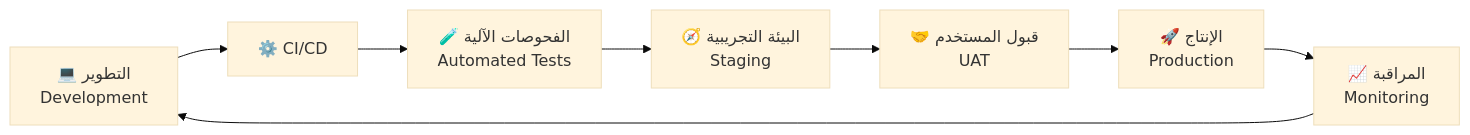
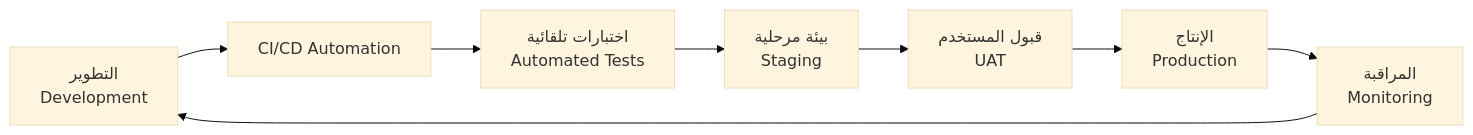
The first of 3 diagrams in docs/12-release-and-devops/12-release-and-devops.md (Ash69g/Documentation-Study), drawn with Mermaid (base theme) before and after one commit. The commit also changed other lines of this file and 15 other files, not shown here.

````diff
--- a/docs/12-release-and-devops/12-release-and-devops.md
+++ b/docs/12-release-and-devops/12-release-and-devops.md
@@ -31,10 +28,10 @@
 ```mermaid
 flowchart LR
-  Dev["💻 التطوير\nDevelopment"] --> CI["⚙️ CI/CD"]
-  CI --> Test["🧪 الفحوصات الآلية\nAutomated Tests"]
-  Test --> Stage["🧭 البيئة التجريبية\nStaging"]
-  Stage --> UAT["🤝 قبول المستخدم\nUAT"]
-  UAT --> Prod["🚀 الإنتاج\nProduction"]
-  Prod --> Monitor["📈 المراقبة\nMonitoring"]
+  Dev["التطوير\nDevelopment"] --> CI["CI/CD Automation"]
+  CI --> Test["اختبارات تلقائية\nAutomated Tests"]
+  Test --> Stage["بيئة مرحلية\nStaging"]
+  Stage --> UAT["قبول المستخدم\nUAT"]
+  UAT --> Prod["الإنتاج\nProduction"]
+  Prod --> Monitor["المراقبة\nMonitoring"]
   Monitor --> Dev
 ```
````
